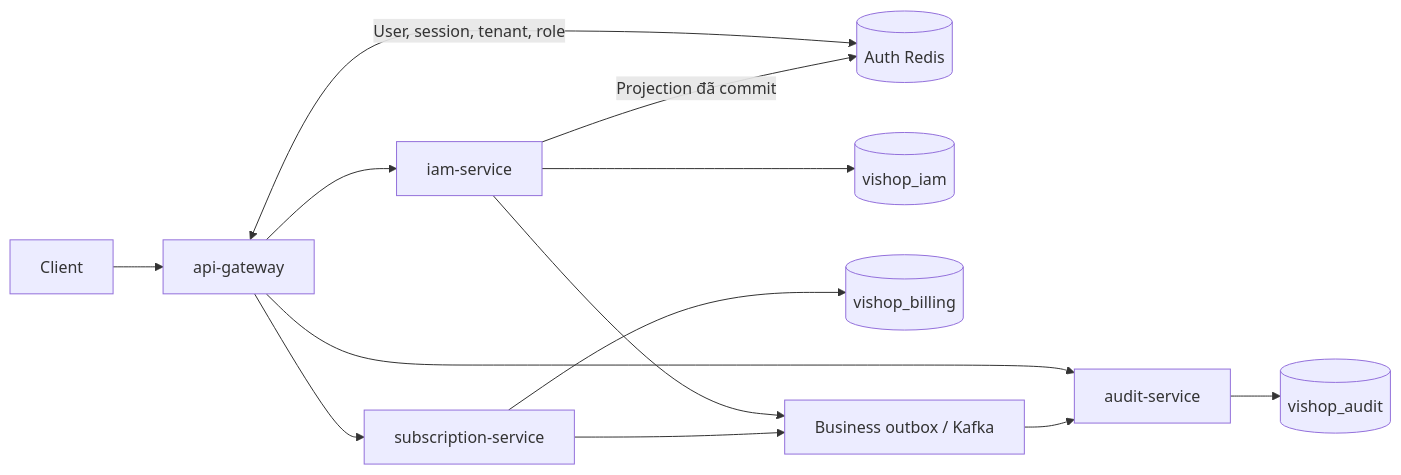
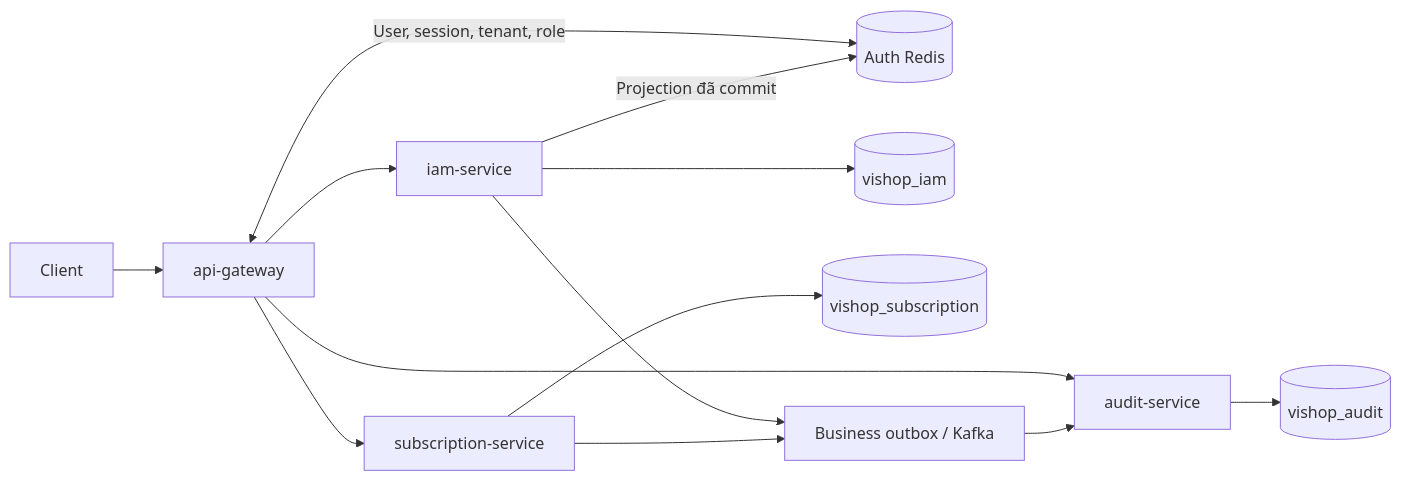
One commit to NDQuynh259/vishop-platform changed the first of 13 diagrams in docs/core-architecture/database-and-auth-flow.md. Above: the diagram before and after it, drawn with Mermaid. The commit also changed other lines of this file and 6 other files, not shown here.

Commit message:
feat(subscription): update default datasource url to vishop_subscription

````diff
--- a/docs/core-architecture/database-and-auth-flow.md
+++ b/docs/core-architecture/database-and-auth-flow.md
@@ -9,15 +9,15 @@
 ```mermaid
 flowchart LR
     C[Client] --> G[api-gateway]
     G --> I[iam-service]
     G --> S[subscription-service]
     G --> A[audit-service]
     G <-->|User, session, tenant, role| R[(Auth Redis)]
     I --> D1[(vishop_iam)]
-    S --> D2[(vishop_billing)]
+    S --> D2[(vishop_subscription)]
     A --> D3[(vishop_audit)]
     I -->|Projection đã commit| R
     I --> E[Business outbox / Kafka]
     S --> E
     E --> A
 ```
````
